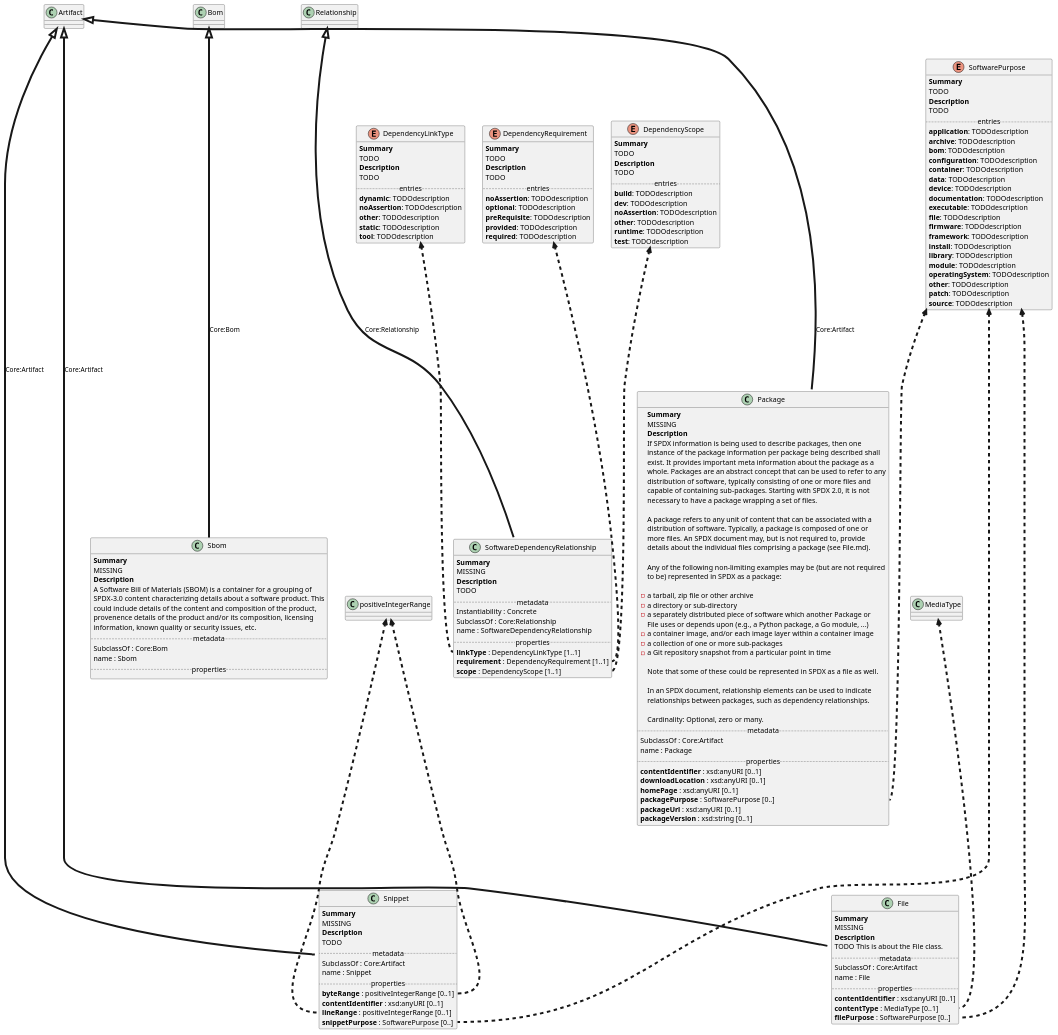
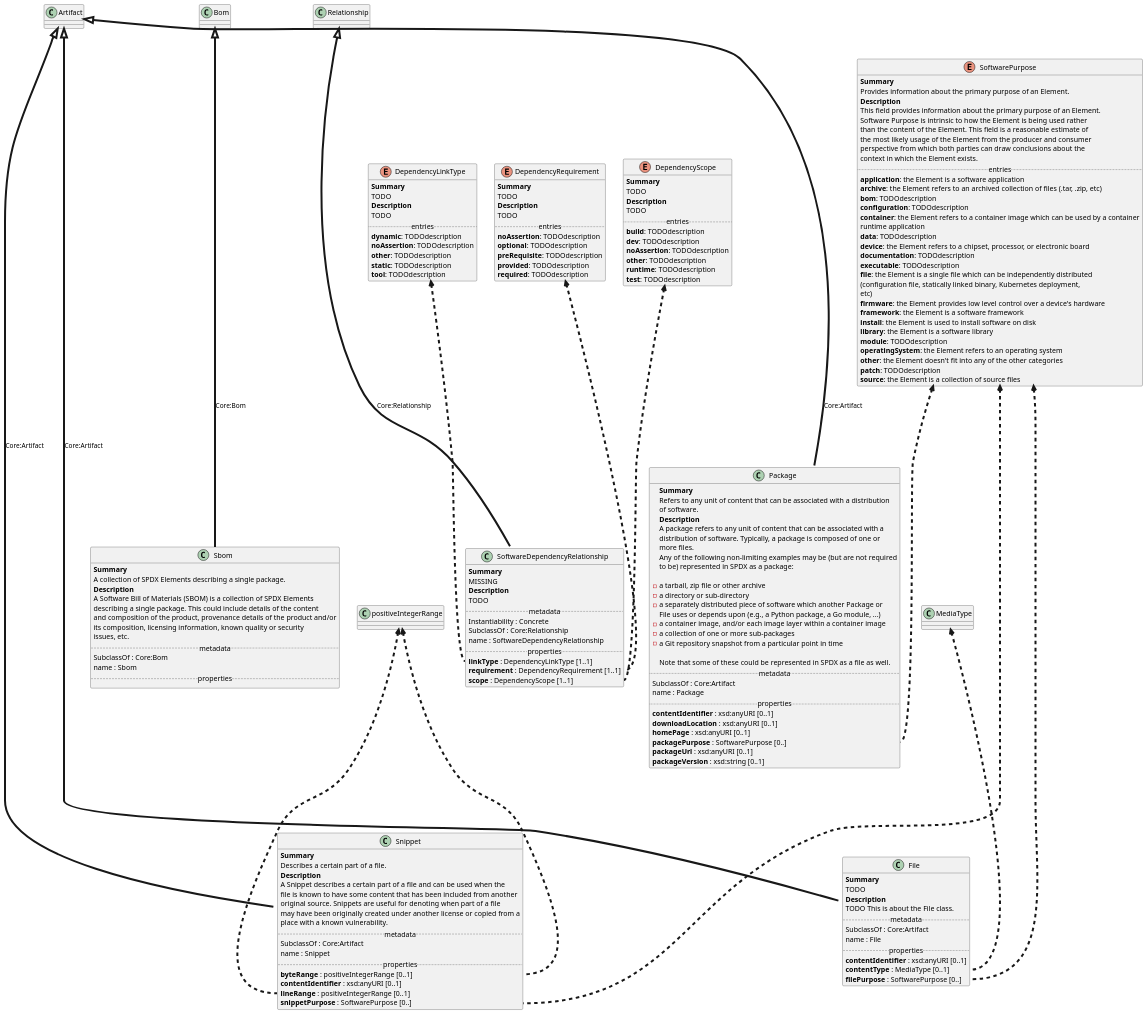
The diagram in Software.Profile.puml (maxhbr/spec-parser.hs), drawn with PlantUML before and after one commit. The commit also changed 11 other files, not shown here.

```diff
--- a/Software.Profile.puml
+++ b/Software.Profile.puml
@@ -1,185 +1,183 @@
 @startuml
 skinparam packageStyle rectangle
 set separator none
 ' vocabulary
 enum DependencyLinkType {
 <b>Summary</b>
 TODO
 <b>Description</b>
 TODO
 .. entries ..
     <b>dynamic</b>: TODOdescription
     <b>noAssertion</b>: TODOdescription
     <b>other</b>: TODOdescription
     <b>static</b>: TODOdescription
     <b>tool</b>: TODOdescription
 }
 enum DependencyRequirement {
 <b>Summary</b>
 TODO
 <b>Description</b>
 TODO
 .. entries ..
     <b>noAssertion</b>: TODOdescription
     <b>optional</b>: TODOdescription
     <b>preRequisite</b>: TODOdescription
     <b>provided</b>: TODOdescription
     <b>required</b>: TODOdescription
 }
 enum DependencyScope {
 <b>Summary</b>
 TODO
 <b>Description</b>
 TODO
 .. entries ..
     <b>build</b>: TODOdescription
     <b>dev</b>: TODOdescription
     <b>noAssertion</b>: TODOdescription
     <b>other</b>: TODOdescription
     <b>runtime</b>: TODOdescription
     <b>test</b>: TODOdescription
 }
 enum SoftwarePurpose {
 <b>Summary</b>
-TODO
+Provides information about the primary purpose of an Element.
 <b>Description</b>
-TODO
+This field provides information about the primary purpose of an Element.
+Software Purpose is intrinsic to how the Element is being used rather
+than the content of the Element. This field is a reasonable estimate of
+the most likely usage of the Element from the producer and consumer
+perspective from which both parties can draw conclusions about the
+context in which the Element exists.
 .. entries ..
-    <b>application</b>: TODOdescription
-    <b>archive</b>: TODOdescription
+    <b>application</b>: the Element is a software application
+    <b>archive</b>: the Element refers to an archived collection of files (.tar, .zip, etc)
     <b>bom</b>: TODOdescription
     <b>configuration</b>: TODOdescription
-    <b>container</b>: TODOdescription
+    <b>container</b>: the Element refers to a container image which can be used by a container
+runtime application
     <b>data</b>: TODOdescription
-    <b>device</b>: TODOdescription
+    <b>device</b>: the Element refers to a chipset, processor, or electronic board
     <b>documentation</b>: TODOdescription
     <b>executable</b>: TODOdescription
-    <b>file</b>: TODOdescription
-    <b>firmware</b>: TODOdescription
-    <b>framework</b>: TODOdescription
-    <b>install</b>: TODOdescription
-    <b>library</b>: TODOdescription
+    <b>file</b>: the Element is a single file which can be independently distributed
+(configuration file, statically linked binary, Kubernetes deployment,
+etc)
+    <b>firmware</b>: the Element provides low level control over a device's hardware
+    <b>framework</b>: the Element is a software framework
+    <b>install</b>: the Element is used to install software on disk
+    <b>library</b>: the Element is a software library
     <b>module</b>: TODOdescription
-    <b>operatingSystem</b>: TODOdescription
-    <b>other</b>: TODOdescription
+    <b>operatingSystem</b>: the Element refers to an operating system
+    <b>other</b>: the Element doesn't fit into any of the other categories
     <b>patch</b>: TODOdescription
-    <b>source</b>: TODOdescription
+    <b>source</b>: the Element is a collection of source files
 }
 ' classes
 together {
 class File {
 <b>Summary</b>
-MISSING
+TODO
 <b>Description</b>
 TODO This is about the File class.
 .. metadata ..
     SubclassOf : Core:Artifact
     name : File
 .. properties ..
     <b>contentIdentifier </b>: xsd:anyURI [0..1]
     <b>contentType </b>: MediaType [0..1]
     <b>filePurpose </b>: SoftwarePurpose [0..]
 }
 "MediaType" <-[dashed,thickness=4]-- "File::contentType"
 "SoftwarePurpose" <-[dashed,thickness=4]-- "File::filePurpose"
 class Package {
 <b>Summary</b>
-MISSING
+Refers to any unit of content that can be associated with a distribution
+of software.
 <b>Description</b>
-If SPDX information is being used to describe packages, then one
-instance of the package information per package being described shall
-exist. It provides important meta information about the package as a
-whole. Packages are an abstract concept that can be used to refer to any
-distribution of software, typically consisting of one or more files and
-capable of containing sub-packages. Starting with SPDX 2.0, it is not
-necessary to have a package wrapping a set of files.
-
 A package refers to any unit of content that can be associated with a
 distribution of software. Typically, a package is composed of one or
-more files. An SPDX document may, but is not required to, provide
-details about the individual files comprising a package (see File.md).
-
+more files.  
 Any of the following non-limiting examples may be (but are not required
 to be) represented in SPDX as a package:
 
 -   a tarball, zip file or other archive
 -   a directory or sub-directory
 -   a separately distributed piece of software which another Package or
     File uses or depends upon (e.g., a Python package, a Go module, ...)
 -   a container image, and/or each image layer within a container image
 -   a collection of one or more sub-packages
 -   a Git repository snapshot from a particular point in time
 
 Note that some of these could be represented in SPDX as a file as well.
-
-In an SPDX document, relationship elements can be used to indicate
-relationships between packages, such as dependency relationships.
-
-Cardinality: Optional, zero or many.
 .. metadata ..
     SubclassOf : Core:Artifact
     name : Package
 .. properties ..
     <b>contentIdentifier </b>: xsd:anyURI [0..1]
     <b>downloadLocation </b>: xsd:anyURI [0..1]
     <b>homePage </b>: xsd:anyURI [0..1]
     <b>packagePurpose </b>: SoftwarePurpose [0..]
     <b>packageUrl </b>: xsd:anyURI [0..1]
     <b>packageVersion </b>: xsd:string [0..1]
 }
 "SoftwarePurpose" <-[dashed,thickness=4]-- "Package::packagePurpose"
 class Sbom {
 <b>Summary</b>
-MISSING
+A collection of SPDX Elements describing a single package.
 <b>Description</b>
-A Software Bill of Materials (SBOM) is a container for a grouping of
-SPDX-3.0 content characterizing details about a software product. This
-could include details of the content and composition of the product,
-provenence details of the product and/or its composition, licensing
-information, known quality or security issues, etc.
+A Software Bill of Materials (SBOM) is a collection of SPDX Elements
+describing a single package. This could include details of the content
+and composition of the product, provenance details of the product and/or
+its composition, licensing information, known quality or security
+issues, etc.
 .. metadata ..
     SubclassOf : Core:Bom
     name : Sbom
 .. properties ..
 }
 class Snippet {
 <b>Summary</b>
-MISSING
+Describes a certain part of a file.
 <b>Description</b>
-TODO
+A Snippet describes a certain part of a file and can be used when the
+file is known to have some content that has been included from another
+original source. Snippets are useful for denoting when part of a file
+may have been originally created under another license or copied from a
+place with a known vulnerability.
 .. metadata ..
     SubclassOf : Core:Artifact
     name : Snippet
 .. properties ..
     <b>byteRange </b>: positiveIntegerRange [0..1]
     <b>contentIdentifier </b>: xsd:anyURI [0..1]
     <b>lineRange </b>: positiveIntegerRange [0..1]
     <b>snippetPurpose </b>: SoftwarePurpose [0..]
 }
 "positiveIntegerRange" <-[dashed,thickness=4]-- "Snippet::byteRange"
 "positiveIntegerRange" <-[dashed,thickness=4]-- "Snippet::lineRange"
 "SoftwarePurpose" <-[dashed,thickness=4]-- "Snippet::snippetPurpose"
 class SoftwareDependencyRelationship {
 <b>Summary</b>
 MISSING
 <b>Description</b>
 TODO
 .. metadata ..
     Instantiability : Concrete
     SubclassOf : Core:Relationship
     name : SoftwareDependencyRelationship
 .. properties ..
     <b>linkType </b>: DependencyLinkType [1..1]
     <b>requirement </b>: DependencyRequirement [1..1]
     <b>scope </b>: DependencyScope [1..1]
 }
 "DependencyLinkType" <-[dashed,thickness=4]-- "SoftwareDependencyRelationship::linkType"
 "DependencyRequirement" <-[dashed,thickness=4]-- "SoftwareDependencyRelationship::requirement"
 "DependencyScope" <-[dashed,thickness=4]-- "SoftwareDependencyRelationship::scope"
 }
 "Artifact" <|-[thickness=4]--- "File" : Core:Artifact
 "Artifact" <|-[thickness=4]--- "Package" : Core:Artifact
 "Bom" <|-[thickness=4]--- "Sbom" : Core:Bom
 "Artifact" <|-[thickness=4]--- "Snippet" : Core:Artifact
 "Relationship" <|-[thickness=4]--- "SoftwareDependencyRelationship" : Core:Relationship
 @enduml
```
